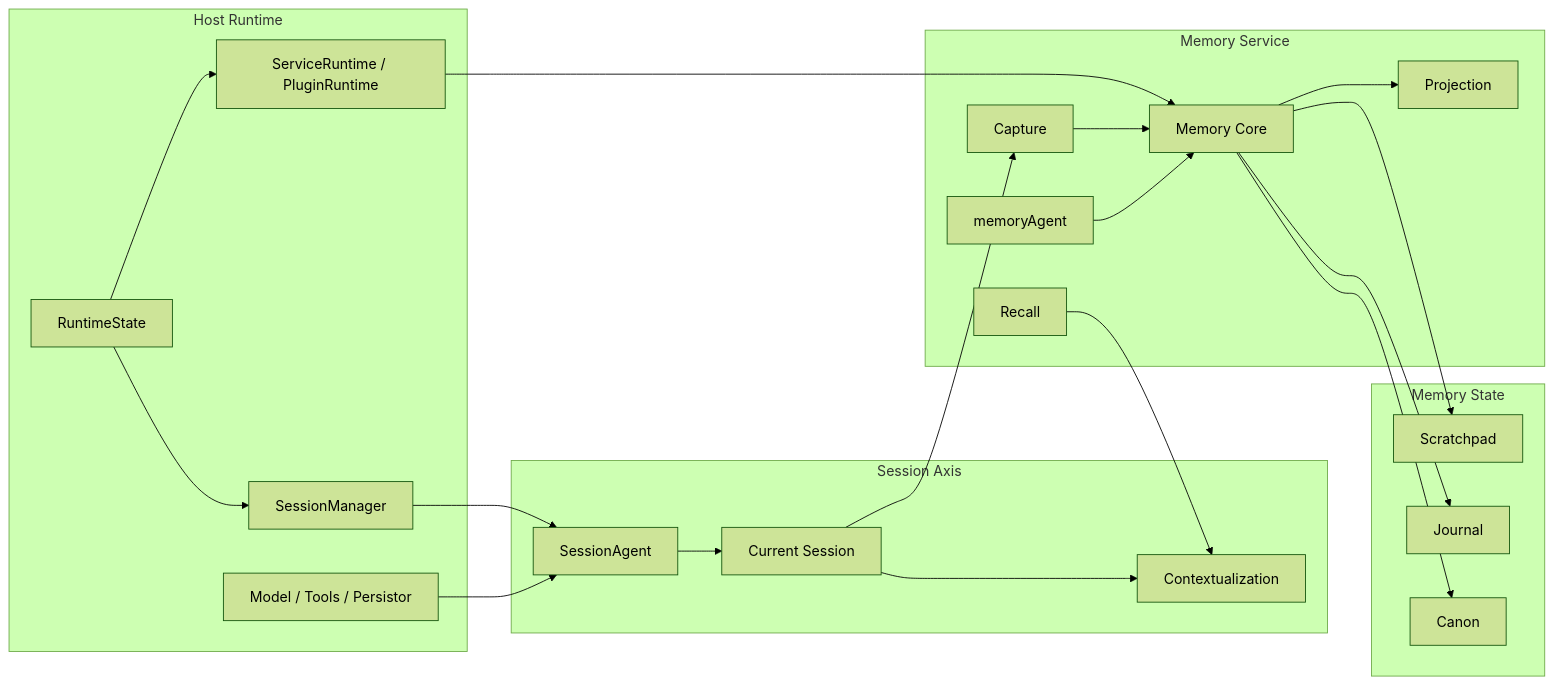
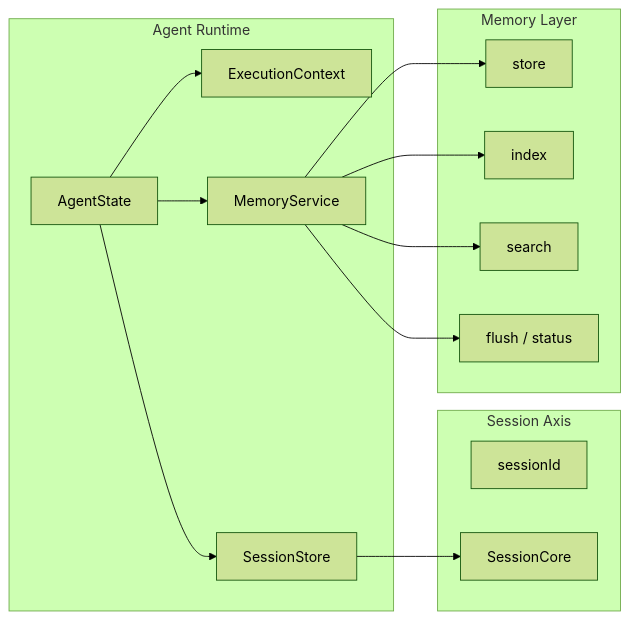
Before and after one commit to wangenius/downcity: the first of 2 diagrams in homepage/content/devdocs/zh/services/memory-design.mdx, drawn with Mermaid (forest theme). The commit also changed other lines of this file and 37 other files, not shown here.

````diff
--- a/homepage/content/devdocs/zh/services/memory-design.mdx
+++ b/homepage/content/devdocs/zh/services/memory-design.mdx
@@ -65,45 +52,30 @@
 ```mermaid
 flowchart LR
-  subgraph HOST["Host Runtime"]
-    H1["RuntimeState"]
-    H2["SessionManager"]
-    H3["Model / Tools / Persistor"]
-    H4["ServiceRuntime / PluginRuntime"]
+  subgraph AGENT["Agent Runtime"]
+    A1["AgentState"]
+    A2["ExecutionContext"]
+    A3["SessionStore"]
+    A4["MemoryService"]
   end
 
   subgraph SESSION["Session Axis"]
-    S1["SessionAgent"]
-    S2["Current Session"]
-    S3["Contextualization"]
+    S1["sessionId"]
+    S2["SessionCore"]
   end
 
-  subgraph MEMORY["Memory Service"]
-    M1["Memory Core"]
-    M2["Recall"]
-    M3["Capture"]
-    M4["Projection"]
-    M5["memoryAgent"]
+  subgraph MEMORY["Memory Layer"]
+    M1["store"]
+    M2["index"]
+    M3["search"]
+    M4["flush / status"]
   end
 
-  subgraph STATE["Memory State"]
-    ST1["Scratchpad"]
-    ST2["Journal"]
-    ST3["Canon"]
-  end
-
-  H1 --> H2
-  H1 --> H4
-  H2 --> S1
-  H3 --> S1
-  H4 --> M1
-  S1 --> S2
-  S2 --> S3
-  M2 --> S3
-  S2 --> M3
-  M3 --> M1
-  M5 --> M1
-  M1 --> ST1
-  M1 --> ST2
-  M1 --> ST3
-  M1 --> M4
+  A1 --> A2
+  A1 --> A3
+  A1 --> A4
+  A4 --> M1
+  A4 --> M2
+  A4 --> M3
+  A4 --> M4
+  A3 --> S2
 ```
````
